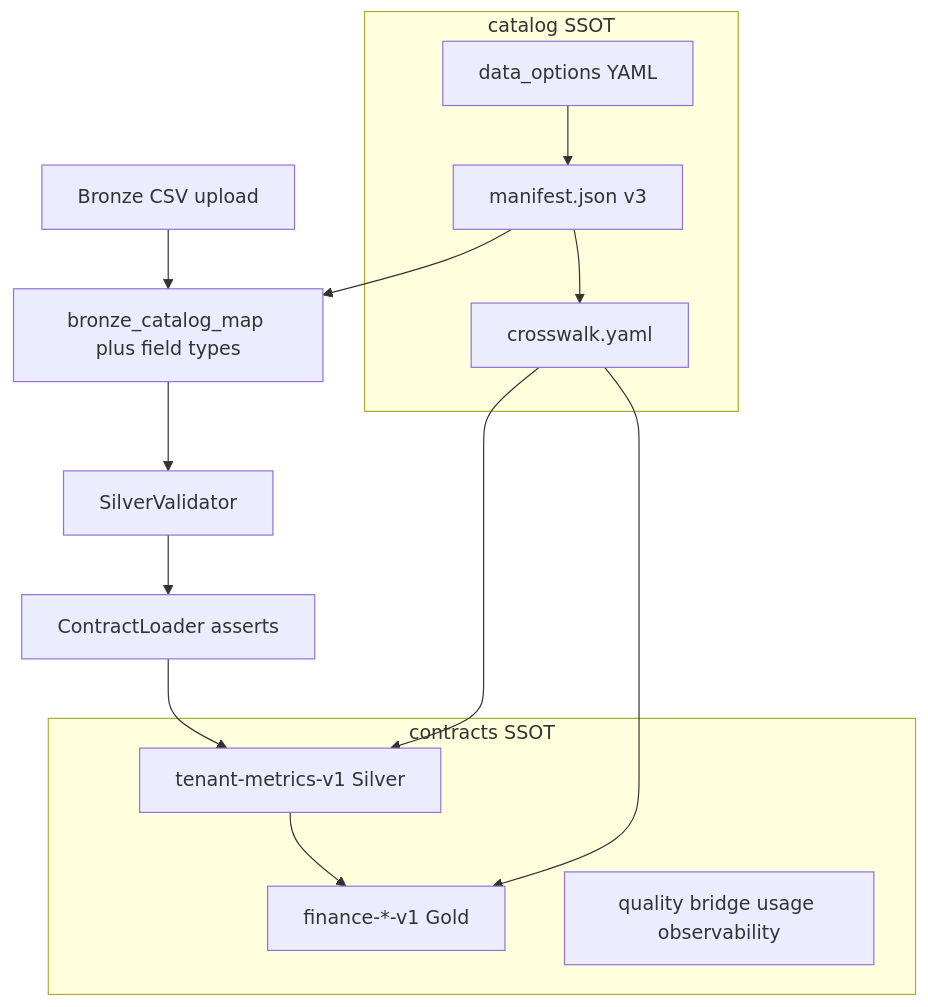
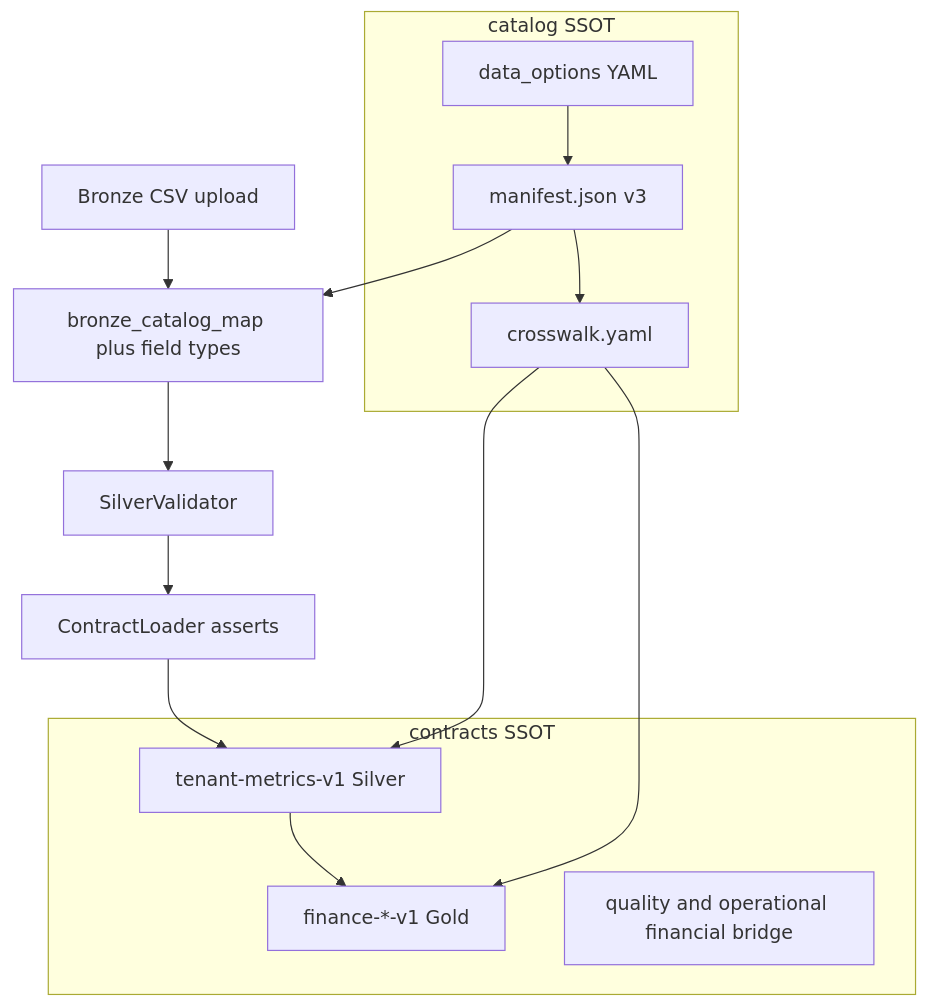
The diagram in contracts/README.md (Ambient-Team/ambient-core), drawn with Mermaid before and after one commit. The commit also changed other lines of this file and 125 other files, not shown here.

````diff
--- a/contracts/README.md
+++ b/contracts/README.md
@@ -15,27 +15,27 @@
 ```mermaid
 flowchart TB
   subgraph catalogSSOT [catalog SSOT]
     DataOpts[data_options YAML]
     Manifest[manifest.json v3]
     Crosswalk[crosswalk.yaml]
   end
   subgraph contractsSSOT [contracts SSOT]
     TenantSilver[tenant-metrics-v1 Silver]
     FinanceGold[finance-*-v1 Gold]
-    PlatformProducts[quality bridge usage observability]
+    QualityBridge[quality and operational financial bridge]
   end
   Bronze[Bronze CSV upload]
   Map[bronze_catalog_map plus field types]
   Validate[SilverValidator]
   Loader[ContractLoader asserts]
   DataOpts --> Manifest
   Manifest --> Map
   Bronze --> Map
   Map --> Validate
   Validate --> Loader
   Loader --> TenantSilver
   TenantSilver --> FinanceGold
   Manifest --> Crosswalk
   Crosswalk --> TenantSilver
   Crosswalk --> FinanceGold
 ```
````
